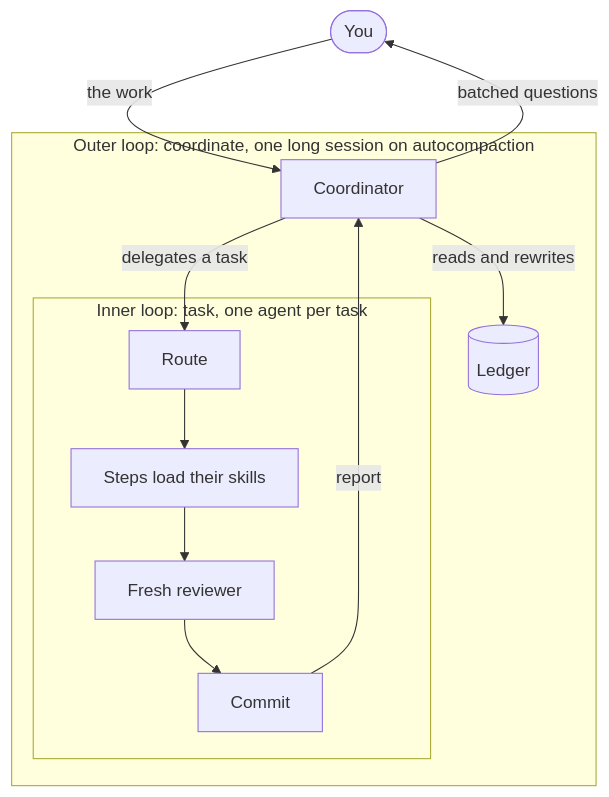
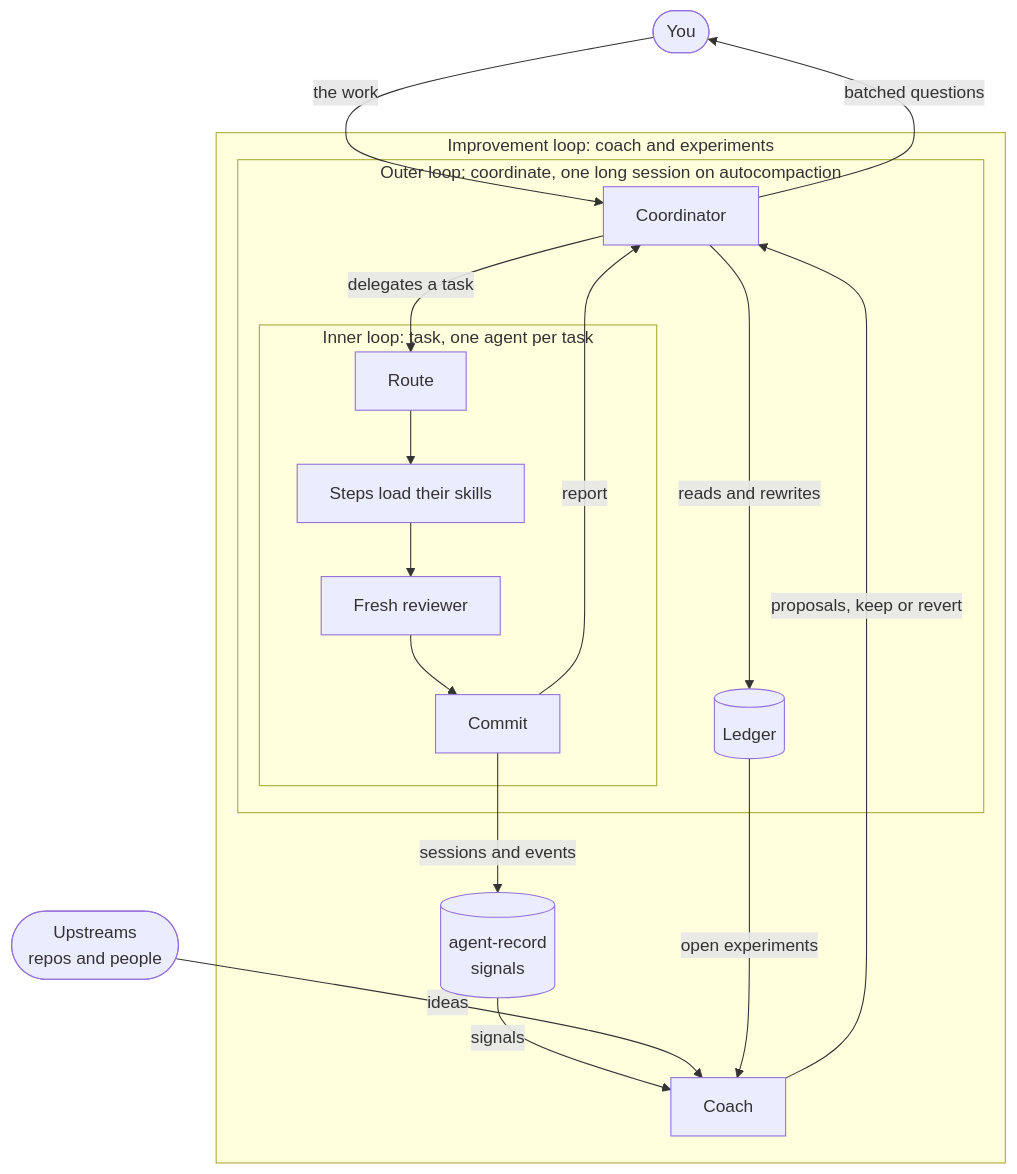
Before and after one commit to cniska/agent-skills: the first of 4 diagrams in README.md, drawn with Mermaid. The commit also changed other lines of this file, not shown here.

Commit message:
docs(readme): add the improvement loop

````diff
--- a/README.md
+++ b/README.md
@@ -19,22 +20,32 @@
 ```mermaid
 flowchart TB
   you(["You"])
-  subgraph outer["Outer loop: coordinate, one long session on autocompaction"]
-    lead["Coordinator"]
-    ledger[("Ledger")]
-    subgraph inner["Inner loop: task, one agent per task"]
-      route["Route"]
-      steps["Steps load their skills"]
-      rev["Fresh reviewer"]
-      commit["Commit"]
+  ups(["Upstreams<br/>repos and people"])
+  subgraph improve["Improvement loop: coach and experiments"]
+    rec[("agent-record<br/>signals")]
+    coach["Coach"]
+    subgraph outer["Outer loop: coordinate, one long session on autocompaction"]
+      lead["Coordinator"]
+      ledger[("Ledger")]
+      subgraph inner["Inner loop: task, one agent per task"]
+        route["Route"]
+        steps["Steps load their skills"]
+        rev["Fresh reviewer"]
+        commit["Commit"]
+      end
     end
   end
   you -- "the work" --> lead
   lead -- "batched questions" --> you
   lead -- "reads and rewrites" --> ledger
   lead -- "delegates a task" --> route
   route --> steps
   steps --> rev
   rev --> commit
   commit -- "report" --> lead
+  commit -- "sessions and events" --> rec
+  rec -- "signals" --> coach
+  ups -- "ideas" --> coach
+  ledger -- "open experiments" --> coach
+  coach -- "proposals, keep or revert" --> lead
 ```
````
